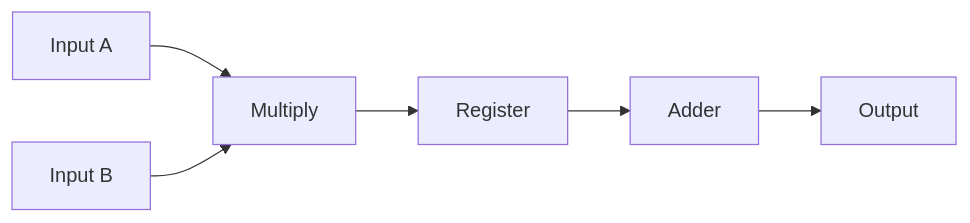
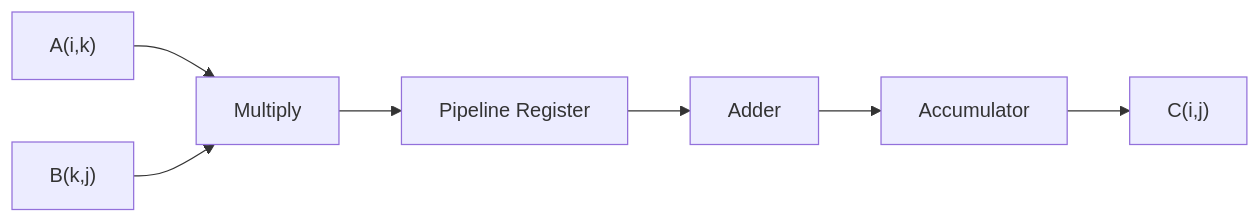
One commit to siddhaantxsingh/Comparative-Analysis-Of-Different-Kind-of-Matrix-Multipliers-Using-Verilog changed the third of 3 diagrams in README.md. Above: the diagram before and after it, drawn with Mermaid. The commit also changed other lines of this file, not shown here.

````diff
--- a/README.md
+++ b/README.md
@@ -64,9 +71,11 @@
 ```mermaid
 flowchart LR
-    A["Input A"] --> M["Multiply"]
-    B["Input B"] --> M
+    A["A(i,k)"] --> M["Multiply"]
+    B["B(k,j)"] --> M
 
-    M --> R["Register"]
+    M --> R["Pipeline Register"]
     R --> ADD["Adder"]
-    ADD --> OUT["Output"]
+    ADD --> ACC["Accumulator"]
+
+    ACC --> OUT["C(i,j)"]
 ```
````
